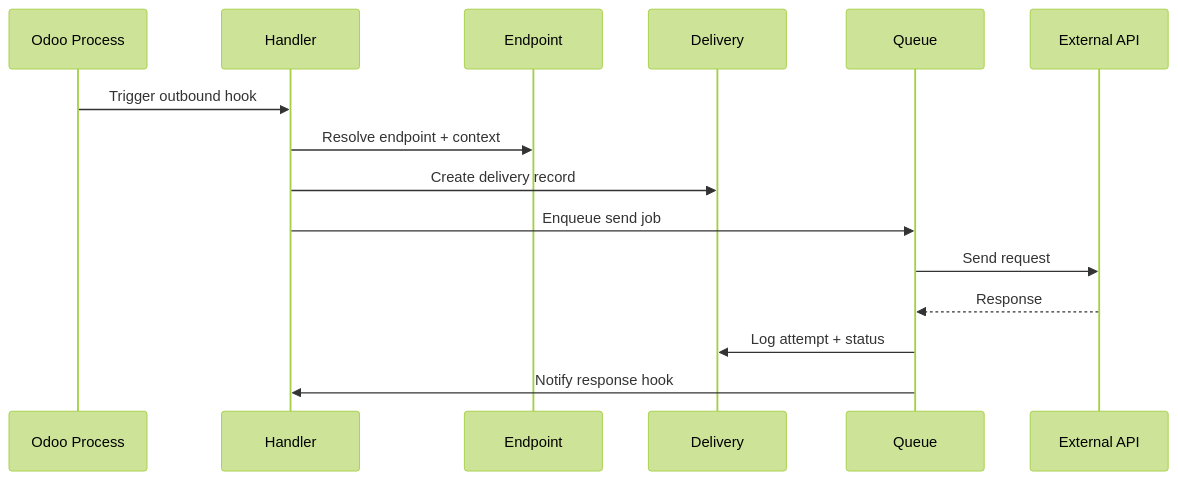
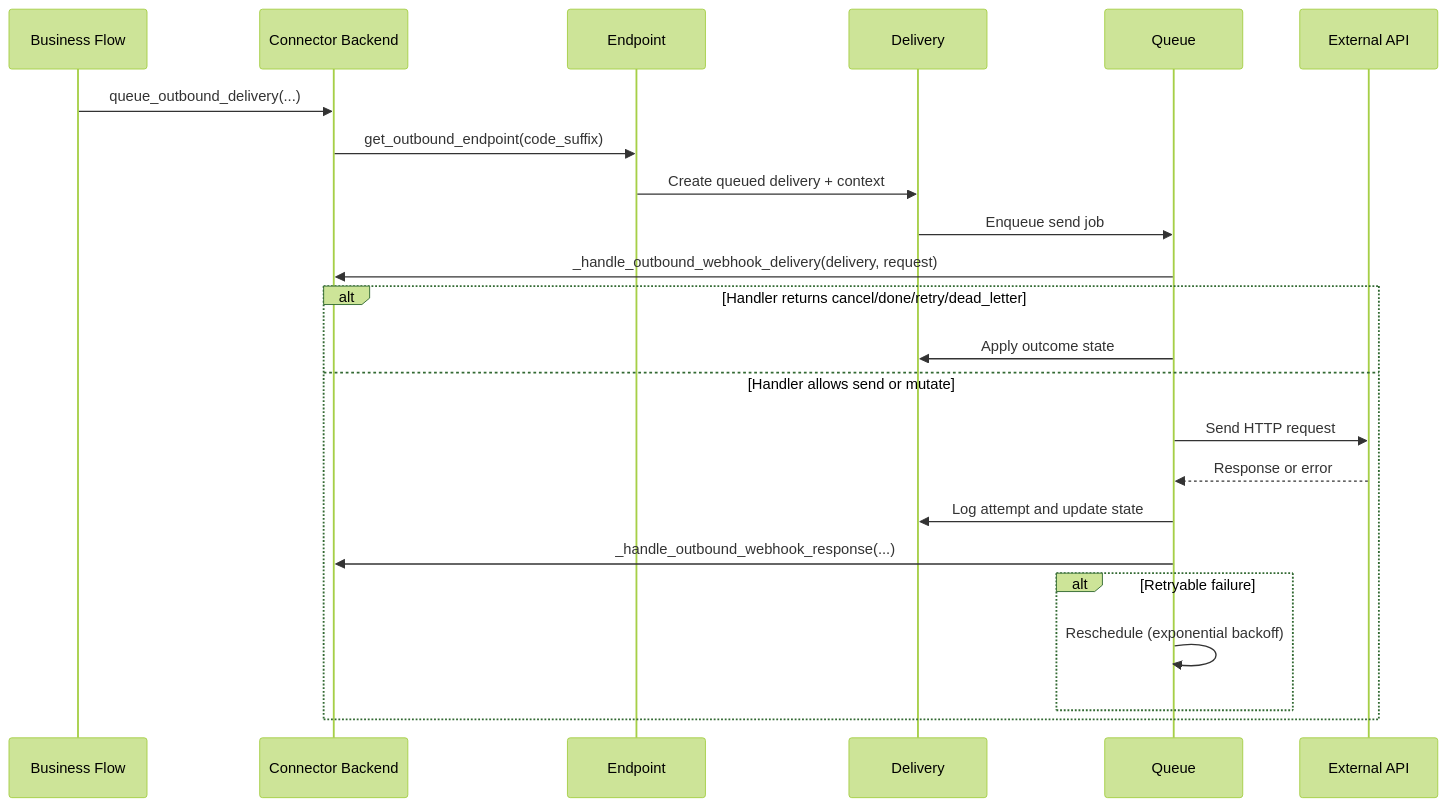
Before and after one commit to bitwise-hq/odoo-webhooks: the diagram in docs/diagrams/webhooks-outbound-sequence.mmd, drawn with Mermaid (forest theme). The commit also changed 83 other files, not shown here.

```diff
--- a/docs/diagrams/webhooks-outbound-sequence.mmd
+++ b/docs/diagrams/webhooks-outbound-sequence.mmd
@@ -1,16 +1,24 @@
 sequenceDiagram
-  participant Odoo as Odoo Process
-  participant Handler
+  participant App as Business Flow
+  participant Backend as Connector Backend
   participant Endpoint
   participant Delivery
   participant Queue
   participant API as External API
 
-  Odoo->>Handler: Trigger outbound hook
-  Handler->>Endpoint: Resolve endpoint + context
-  Handler->>Delivery: Create delivery record
-  Handler->>Queue: Enqueue send job
-  Queue->>API: Send request
-  API-->>Queue: Response
-  Queue->>Delivery: Log attempt + status
-  Queue->>Handler: Notify response hook
+  App->>Backend: queue_outbound_delivery(...)
+  Backend->>Endpoint: get_outbound_endpoint(code_suffix)
+  Endpoint->>Delivery: Create queued delivery + context
+  Delivery->>Queue: Enqueue send job
+  Queue->>Backend: _handle_outbound_webhook_delivery(delivery, request)
+  alt Handler returns cancel/done/retry/dead_letter
+    Queue->>Delivery: Apply outcome state
+  else Handler allows send or mutate
+    Queue->>API: Send HTTP request
+    API-->>Queue: Response or error
+    Queue->>Delivery: Log attempt and update state
+    Queue->>Backend: _handle_outbound_webhook_response(...)
+    alt Retryable failure
+      Queue->>Queue: Reschedule (exponential backoff)
+    end
+  end
```
